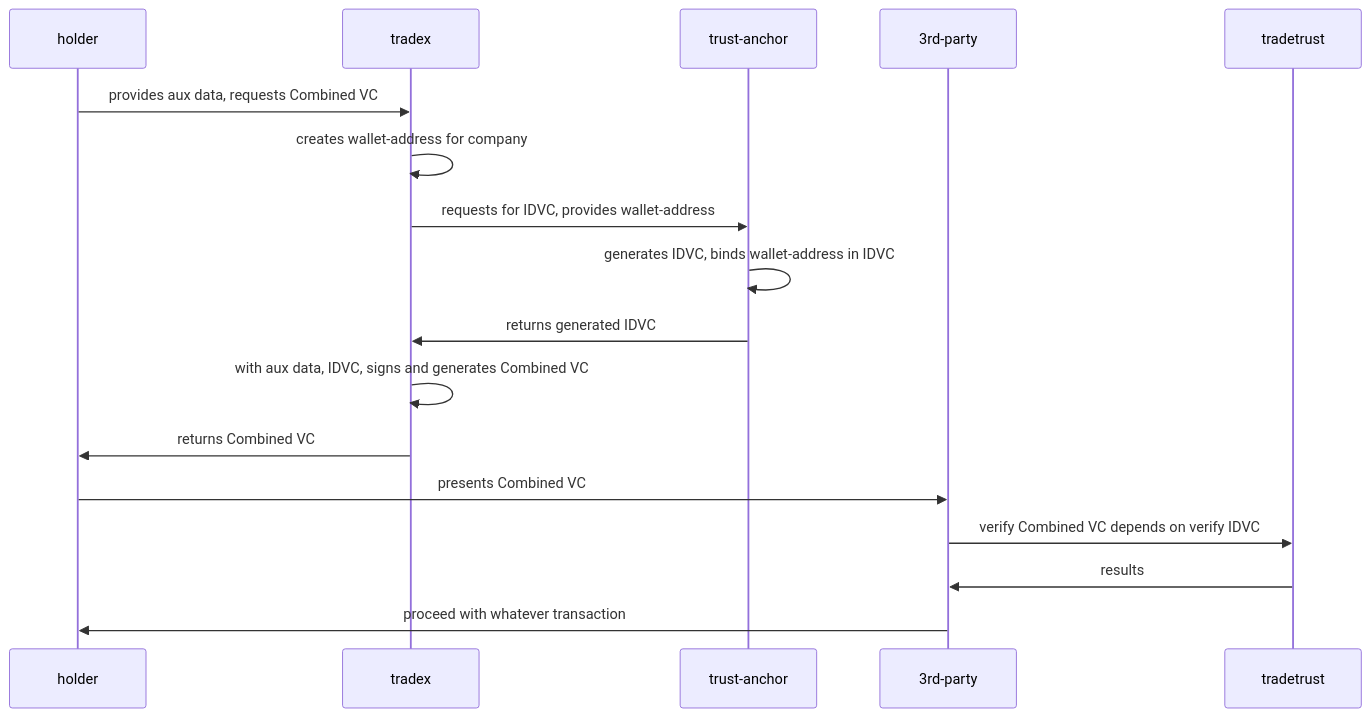
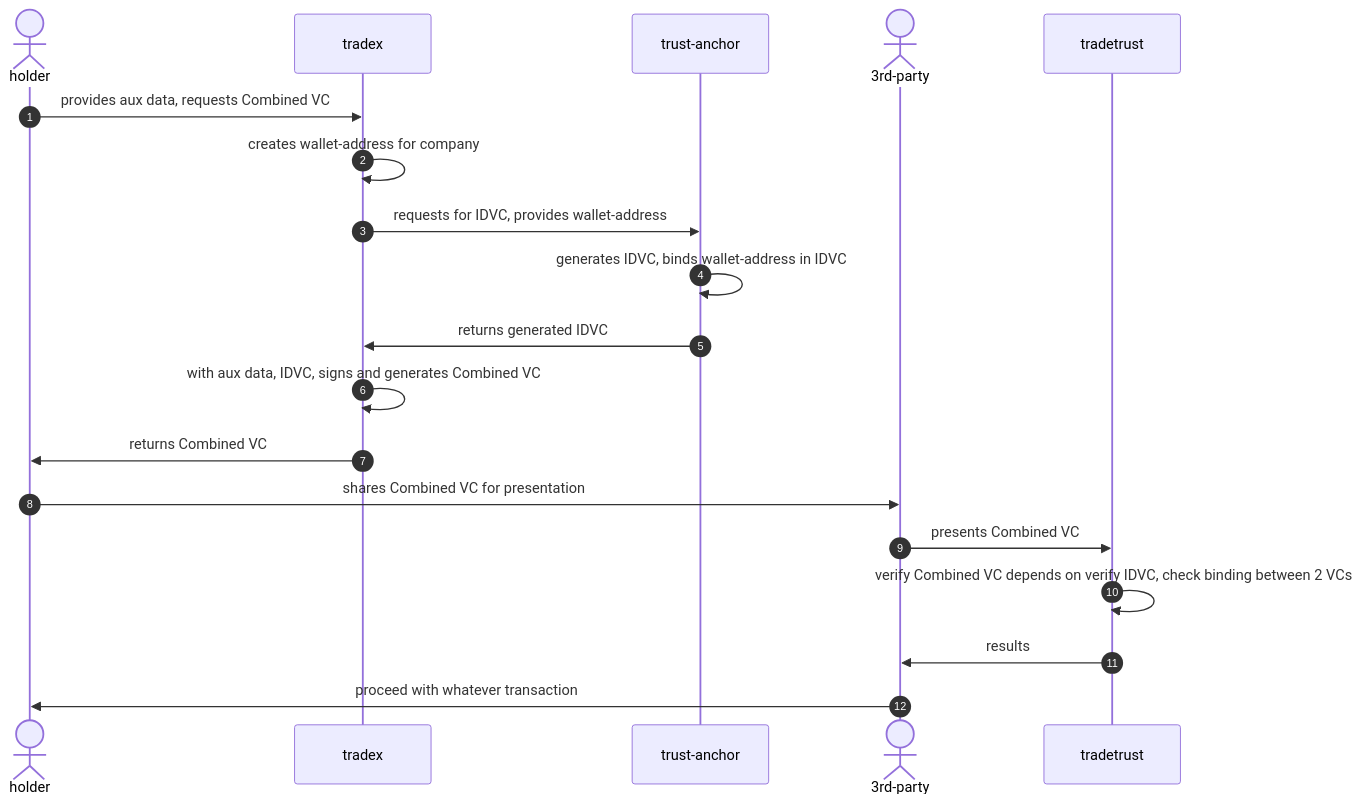
Before and after one commit to TradeTrust/ndi-tradex-poc: the diagram in docs/sequential-flow.md, drawn with Mermaid. The commit also changed other lines of this file, not shown here.

````diff
--- a/docs/sequential-flow.md
+++ b/docs/sequential-flow.md
@@ -28,19 +29,21 @@
 ```mermaid
 sequenceDiagram
-    participant holder
+    autonumber
+    actor holder
     participant tradex
     participant trust-anchor
-    participant 3rd-party
+    actor 3rd-party
     participant tradetrust
     holder->>tradex: provides aux data, requests Combined VC
     tradex->>tradex: creates wallet-address for company
     tradex->>trust-anchor: requests for IDVC, provides wallet-address
     trust-anchor->>trust-anchor: generates IDVC, binds wallet-address in IDVC
     trust-anchor->>tradex: returns generated IDVC
     tradex->>tradex: with aux data, IDVC, signs and generates Combined VC
     tradex->>holder: returns Combined VC
-    holder->>3rd-party: presents Combined VC
-    3rd-party->>tradetrust: verify Combined VC depends on verify IDVC
+    holder->>3rd-party: shares Combined VC for presentation
+    3rd-party->>tradetrust: presents Combined VC
+    tradetrust->>tradetrust: verify Combined VC depends on verify IDVC, check binding between 2 VCs
     tradetrust->>3rd-party: results
     3rd-party->>holder: proceed with whatever transaction
 ```
````
